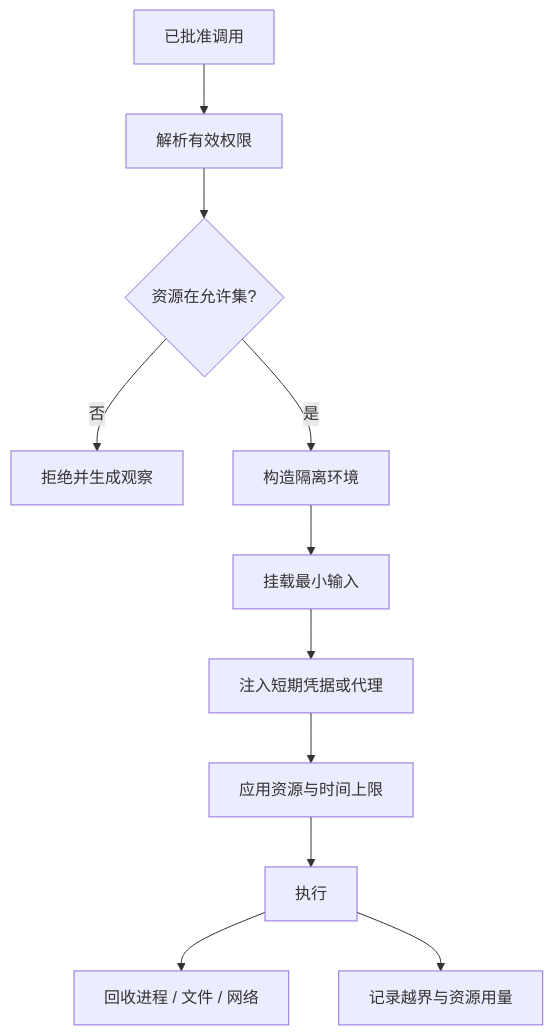
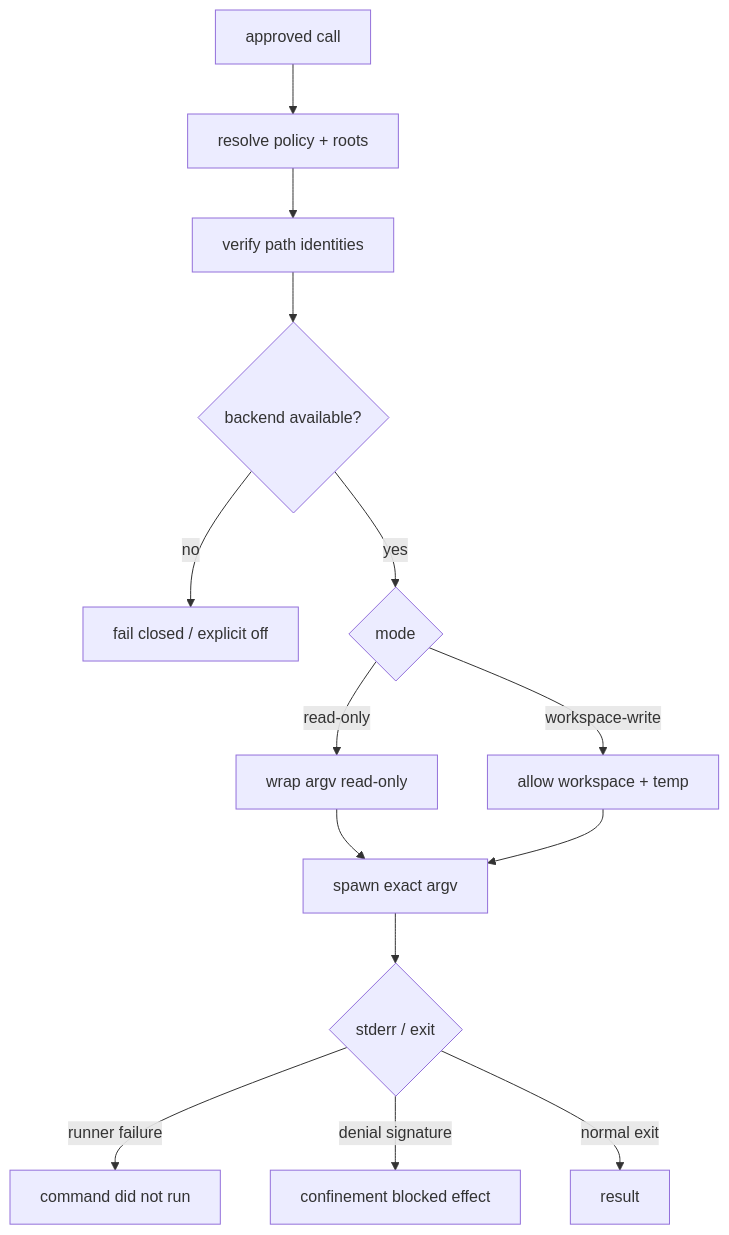
Before and after one commit to xiaoslin9153/awesome-agent-harness-tutorial: the first of 2 diagrams in tutorial/zh-CN/02-harness-mechanics/sandbox.md, drawn with Mermaid. The commit also changed other lines of this file and 3 other files, not shown here.

````diff
--- a/tutorial/zh-CN/02-harness-mechanics/sandbox.md
+++ b/tutorial/zh-CN/02-harness-mechanics/sandbox.md
@@ -34,13 +62,16 @@
 ```mermaid
 flowchart TD
-  A[已批准调用] --> B[解析有效权限]
-  B --> C{资源在允许集?}
-  C -- 否 --> D[拒绝并生成观察]
-  C -- 是 --> E[构造隔离环境]
-  E --> F[挂载最小输入]
-  F --> G[注入短期凭据或代理]
-  G --> H[应用资源与时间上限]
-  H --> I[执行]
-  I --> J[回收进程 / 文件 / 网络]
-  I --> K[记录越界与资源用量]
+  A[approved call] --> B[resolve policy + roots]
+  B --> C[verify path identities]
+  C --> D{backend available?}
+  D -- no --> E[fail closed / explicit off]
+  D -- yes --> F{mode}
+  F -- read-only --> G[wrap argv read-only]
+  F -- workspace-write --> H[allow workspace + temp]
+  G --> I[spawn exact argv]
+  H --> I
+  I --> J{stderr / exit}
+  J -- runner failure --> K[command did not run]
+  J -- denial signature --> L[confinement blocked effect]
+  J -- normal exit --> M[result]
 ```
````
